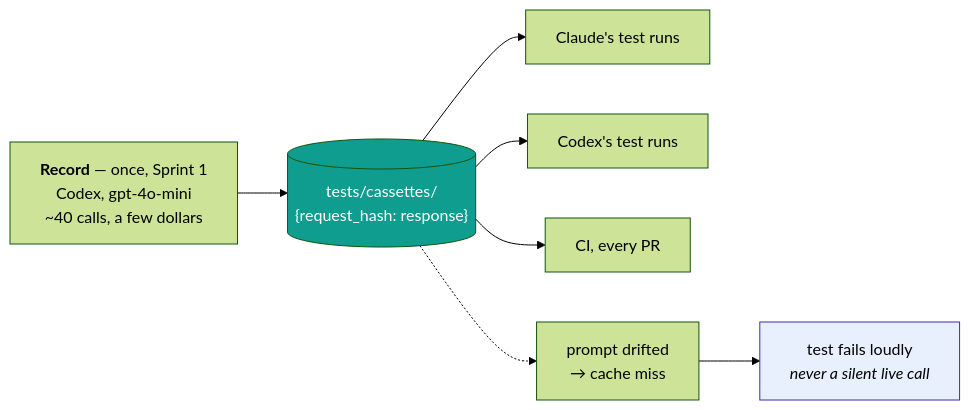
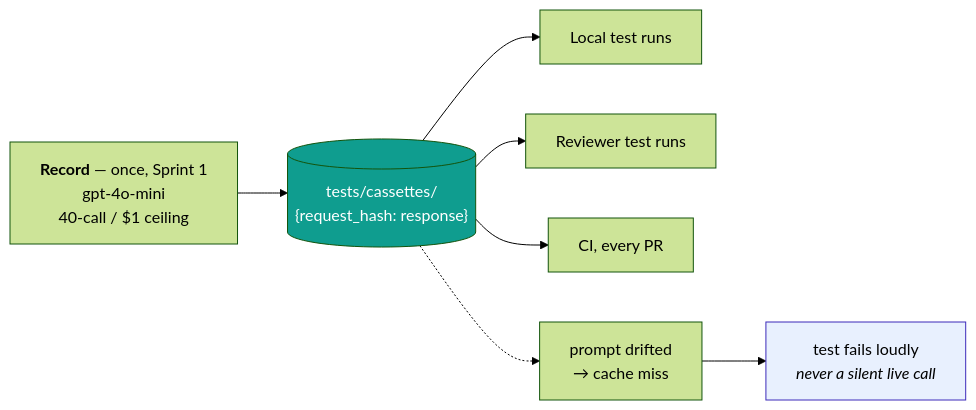
Before and after one commit to CE-RISE-software/intelligent-circular-insights: the second of 3 diagrams in docs/TESTING.md, drawn with Mermaid (forest theme). The commit also changed other lines of this file and 25 other files, not shown here.

````diff
--- a/docs/TESTING.md
+++ b/docs/TESTING.md
@@ -153,11 +153,11 @@
 ```mermaid
 flowchart LR
-    REC["<b>Record</b> — once, Sprint 1<br/>Codex, gpt-4o-mini<br/>~40 calls, a few dollars"] --> DISK[("tests/cassettes/<br/>{request_hash: response}")]
-    DISK --> R1["Claude's test runs"]
-    DISK --> R2["Codex's test runs"]
+    REC["<b>Record</b> — once, Sprint 1<br/>gpt-4o-mini<br/>40-call / $1 ceiling"] --> DISK[("tests/cassettes/<br/>{request_hash: response}")]
+    DISK --> R1["Local test runs"]
+    DISK --> R2["Reviewer test runs"]
     DISK --> R3["CI, every PR"]
     MISS["prompt drifted<br/>→ cache miss"] --> FAIL["test fails loudly<br/><i>never a silent live call</i>"]
     DISK -.-> MISS
     style DISK fill:#0f9d8f,color:#fff
     style FAIL fill:#e8f0fe,stroke:#3d2bba
 ```
````
